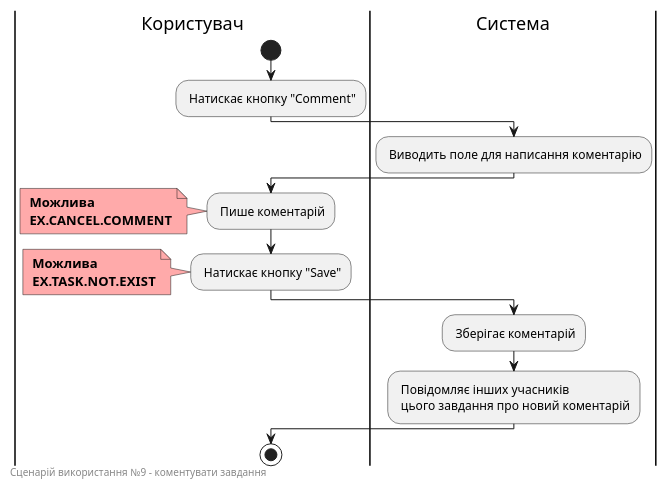
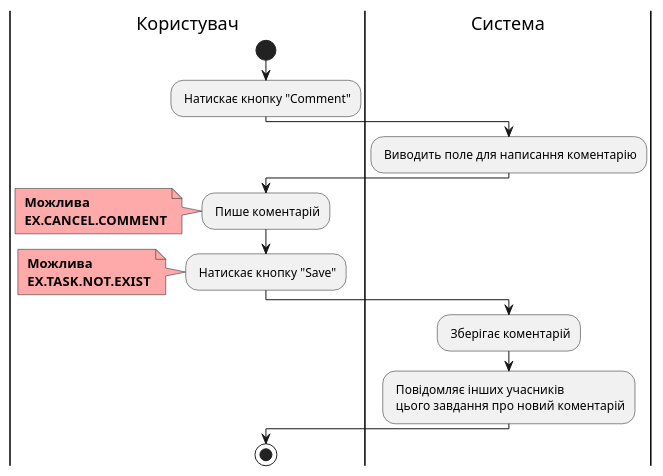
One commit to edu-db/edu_db_labs changed diagram 13 of 15 in docs/use cases/README.md. Above: the diagram before and after it, drawn with PlantUML. The commit also changed other lines of this file and 1 other file, not shown here.

```diff
--- a/docs/use cases/README.md
+++ b/docs/use cases/README.md
@@ -532,34 +589,30 @@
 @startuml
 
     |Користувач|
         start
         : Натискає кнопку "Comment";
         
 
     |Система|
         : Виводить поле для написання коментарію;
 
     |Користувач|
         : Пише коментарій;
         note left #ffaaaa
         <b> Можлива
         <b> EX.CANCEL.COMMENT
         end note
         : Натискає кнопку "Save";
         note left #ffaaaa
         <b> Можлива
         <b> EX.TASK.NOT.EXIST
         end note
 
     |Система|
         : Зберігає коментарій;
         : Повідомляє інших учасників\n цього завдання про новий коментарій;
   
     |Користувач|
         stop;
 
-    left footer
-        Сценарій використання №9 - коментувати завдання
-    end footer
-
 @enduml
```
